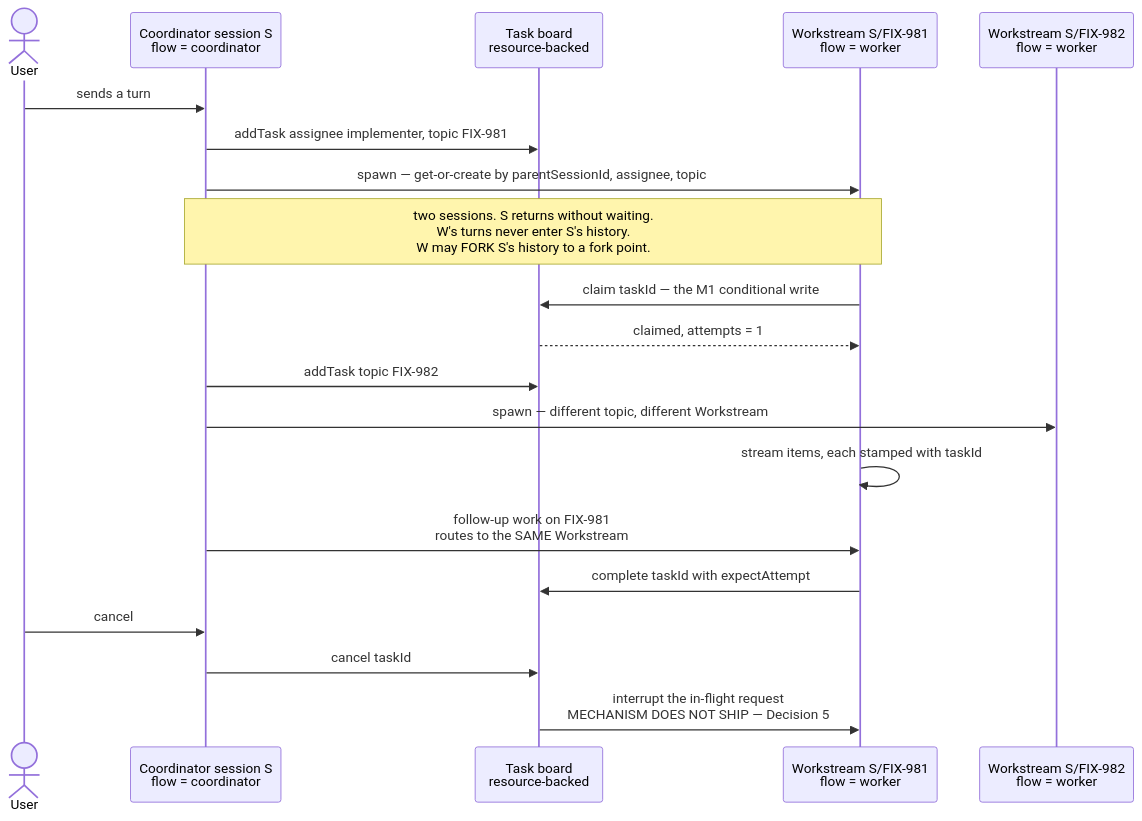
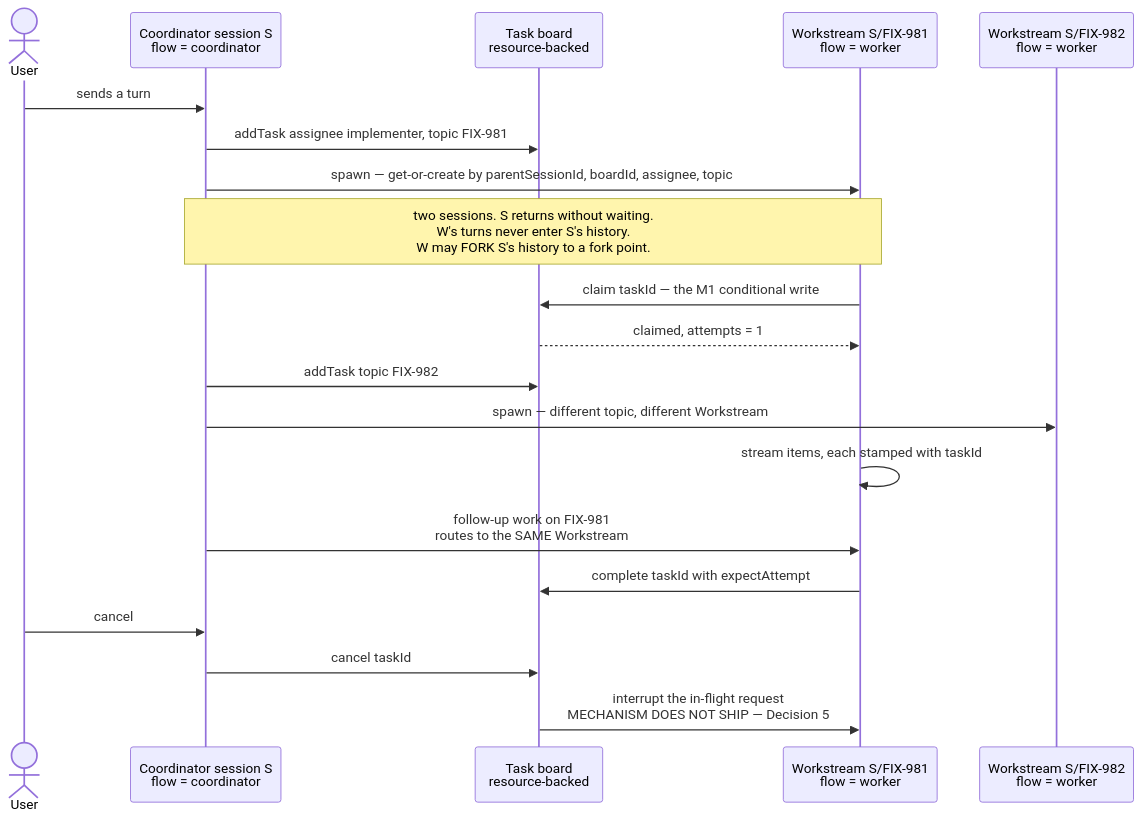
One commit to fixpoint-labs/flow-state-dev changed the first of 2 diagrams in docs/specs/_epics/durable-jobs.md. Above: the diagram before and after it, drawn with Mermaid. The commit also changed other lines of this file and 1 other file, not shown here.

````diff
--- a/docs/specs/_epics/durable-jobs.md
+++ b/docs/specs/_epics/durable-jobs.md
@@ -39,23 +39,23 @@
 ```mermaid
 sequenceDiagram
   actor U as User
   participant C as Coordinator session S<br/>flow = coordinator
   participant B as Task board<br/>resource-backed
   participant W as Workstream S/FIX-981<br/>flow = worker
   participant W2 as Workstream S/FIX-982<br/>flow = worker
 
   U->>C: sends a turn
   C->>B: addTask assignee implementer, topic FIX-981
-  C->>W: spawn — get-or-create by parentSessionId, assignee, topic
+  C->>W: spawn — get-or-create by parentSessionId, boardId, assignee, topic
   Note over C,W: two sessions. S returns without waiting.<br/>W's turns never enter S's history.<br/>W may FORK S's history to a fork point.
   W->>B: claim taskId — the M1 conditional write
   B-->>W: claimed, attempts = 1
   C->>B: addTask topic FIX-982
   C->>W2: spawn — different topic, different Workstream
   W->>W: stream items, each stamped with taskId
   C->>W: follow-up work on FIX-981<br/>routes to the SAME Workstream
   W->>B: complete taskId with expectAttempt
   U->>C: cancel
   C->>B: cancel taskId
   B->>W: interrupt the in-flight request<br/>MECHANISM DOES NOT SHIP — Decision 5
 ```
````
